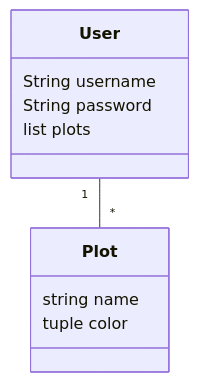
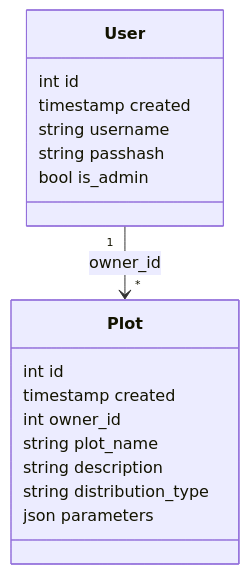
The diagram in documentation/architecture.md (ellapaella/ot-harjoitustyo-beta), drawn with Mermaid before and after one commit. The commit also changed 7 other files, not shown here.

````diff
--- a/documentation/architecture.md
+++ b/documentation/architecture.md
@@ -1,14 +1,22 @@
 ```mermaid   
- classDiagram
-	class User {
-	    String username
-	    String password
-	    list plots
-		}
-	class Plot {
-	    string name
-	    tuple color
-		}
-		
-    User "1" -- "*" Plot
+classDiagram
+    class User {
+        int id
+        timestamp created
+        string username
+        string passhash
+        bool is_admin
+    }
+
+    class Plot {
+        int id
+        timestamp created
+        int owner_id
+        string plot_name
+        string description
+        string distribution_type
+        json parameters
+    }
+
+    User "1" --> "*" Plot : owner_id
 ```
````
